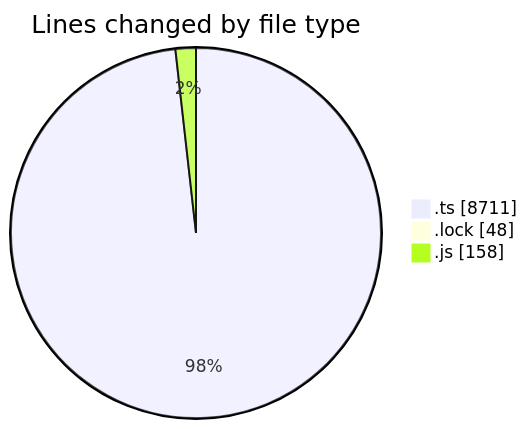
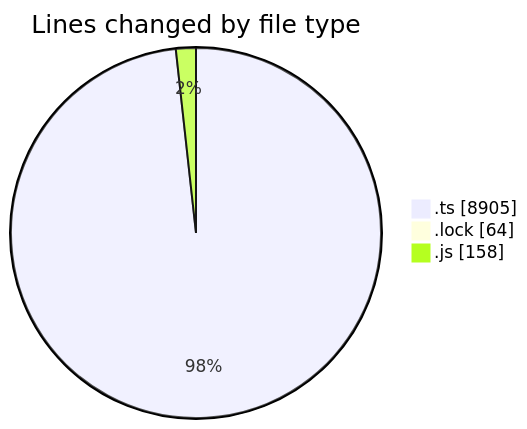
One commit to momahboobian/code-tracking changed the first of 2 diagrams in 2025-05-30/cda/README.md. Above: the diagram before and after it, drawn with Mermaid. The commit also changed other lines of this file and 1 other file, not shown here.

````diff
--- a/2025-05-30/cda/README.md
+++ b/2025-05-30/cda/README.md
@@ -26,7 +28,7 @@
 ```mermaid
 pie showData
 title Lines changed by file type
-".ts" : 8711
-".lock" : 48
+".ts" : 8905
+".lock" : 64
 ".js" : 158
 ```
````
